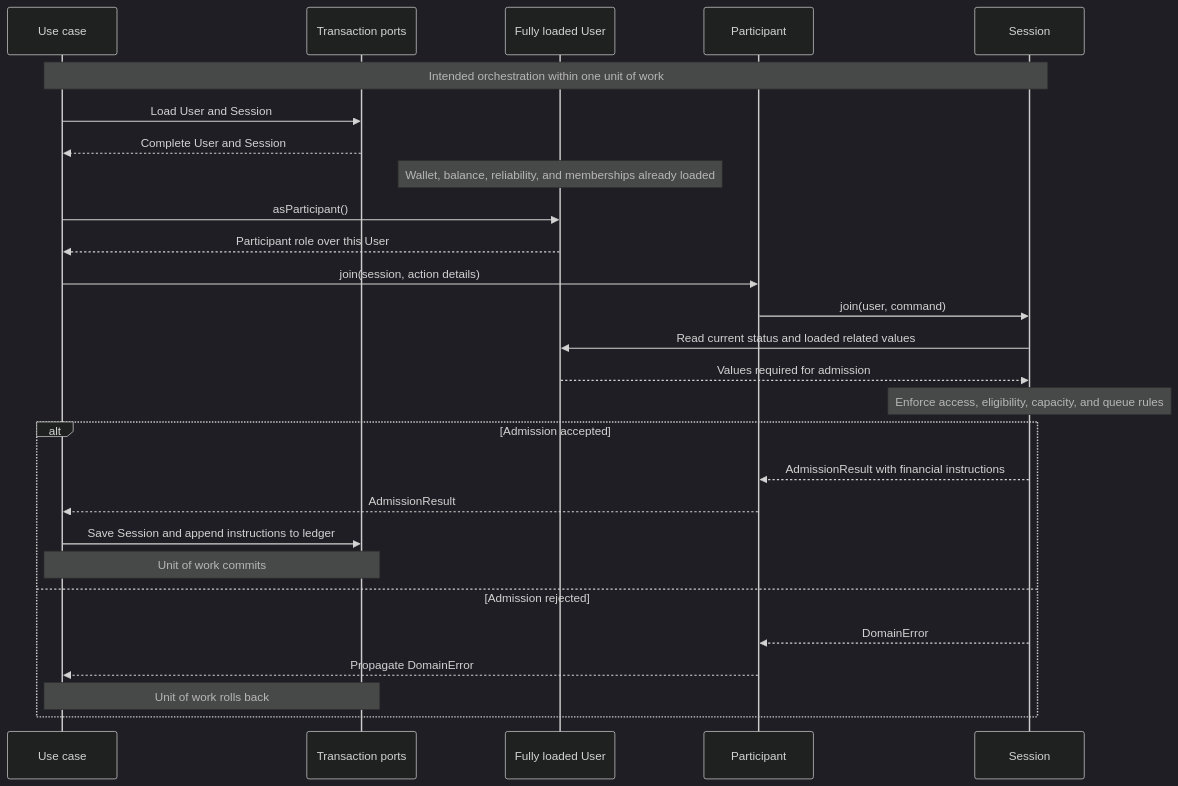
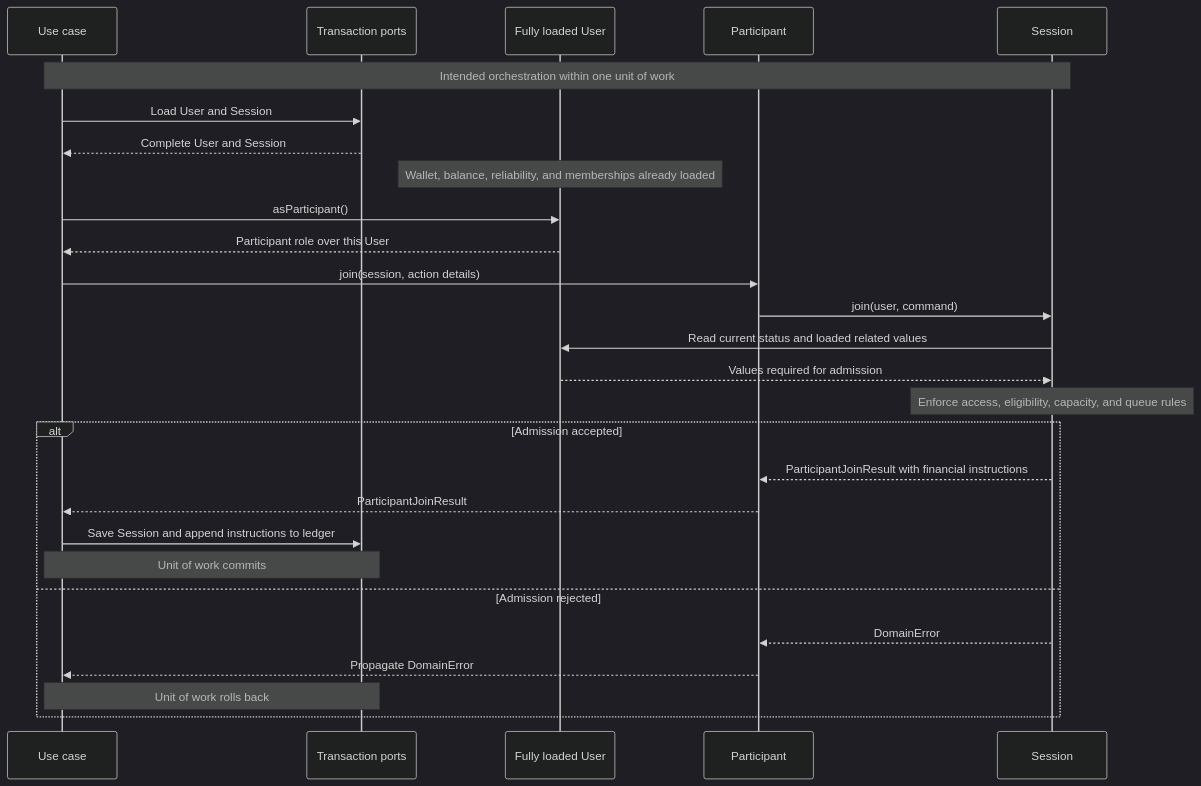
The diagram in docs/adr/0004-participant-join-and-session-admission.md (rbrishi15/booking-web-manager), drawn with Mermaid (dark theme) before and after one commit. The commit also changed other lines of this file and 33 other files, not shown here.

````diff
--- a/docs/adr/0004-participant-join-and-session-admission.md
+++ b/docs/adr/0004-participant-join-and-session-admission.md
@@ -97,30 +97,30 @@
 ```mermaid
 sequenceDiagram
     participant UC as Use case
     participant TX as Transaction ports
     participant U as Fully loaded User
     participant P as Participant
     participant S as Session
 
     Note over UC,S: Intended orchestration within one unit of work
     UC->>TX: Load User and Session
     TX-->>UC: Complete User and Session
     Note over U: Wallet, balance, reliability, and memberships already loaded
     UC->>U: asParticipant()
     U-->>UC: Participant role over this User
     UC->>P: join(session, action details)
     P->>S: join(user, command)
     S->>U: Read current status and loaded related values
     U-->>S: Values required for admission
     Note over S: Enforce access, eligibility, capacity, and queue rules
     alt Admission accepted
-        S-->>P: AdmissionResult with financial instructions
-        P-->>UC: AdmissionResult
+        S-->>P: ParticipantJoinResult with financial instructions
+        P-->>UC: ParticipantJoinResult
         UC->>TX: Save Session and append instructions to ledger
         Note over UC,TX: Unit of work commits
     else Admission rejected
         S-->>P: DomainError
         P-->>UC: Propagate DomainError
         Note over UC,TX: Unit of work rolls back
     end
 ```
````
